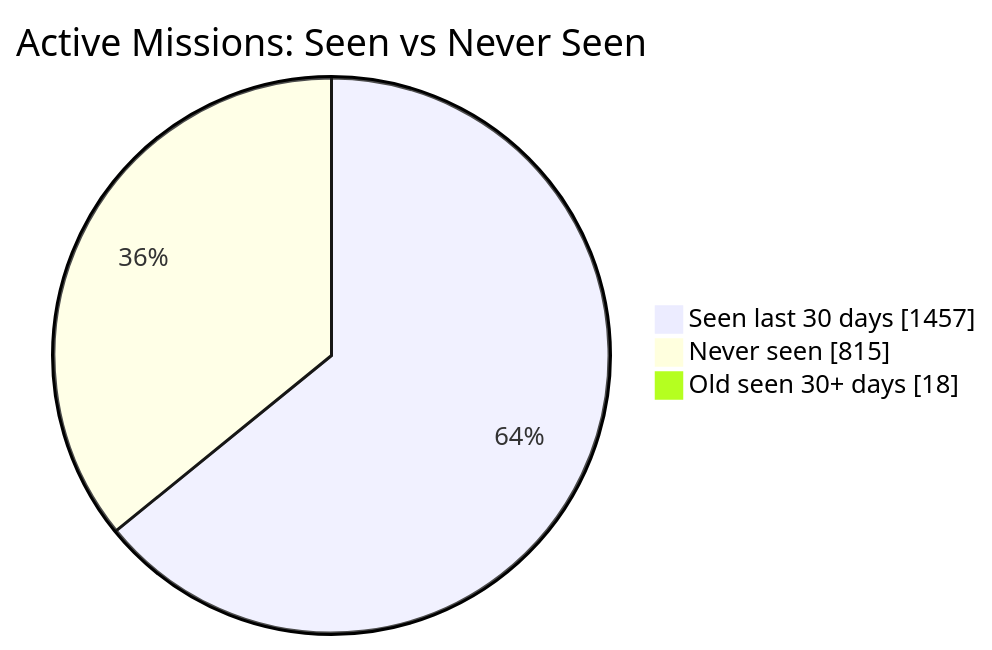
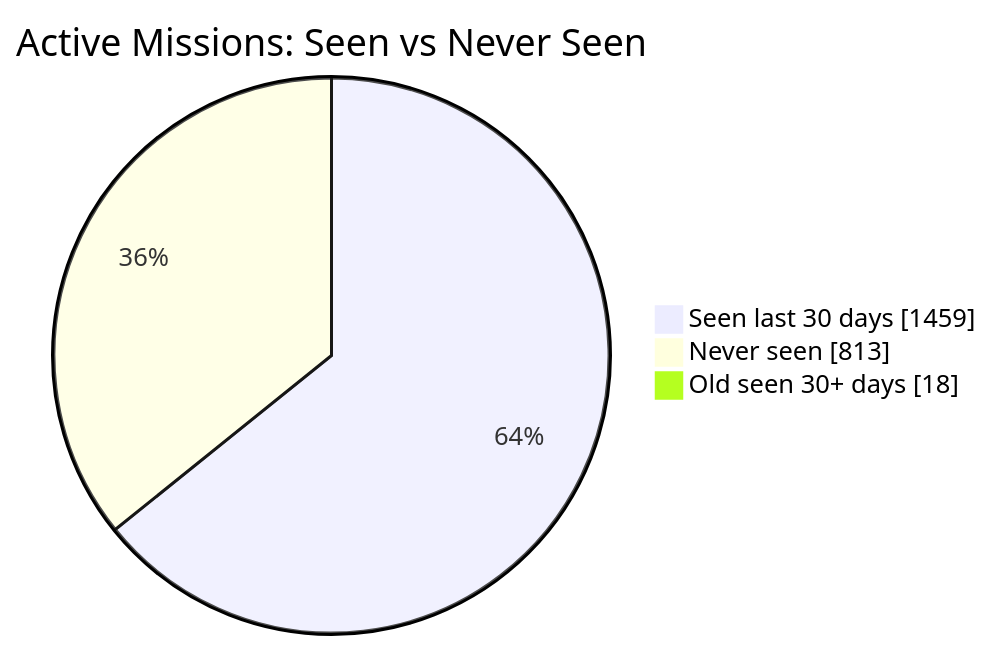
The first of 2 diagrams in README.md (MeldkamerspelGameTeam/active-missions), drawn with Mermaid before and after one commit. The commit also changed other lines of this file and 2 other files, not shown here.

````diff
--- a/README.md
+++ b/README.md
@@ -34,7 +34,7 @@
 ```mermaid
 pie showData
     title Active Missions: Seen vs Never Seen
-    "Seen last 30 days" : 1457
-    "Never seen" : 815
+    "Seen last 30 days" : 1459
+    "Never seen" : 813
     "Old seen 30+ days" : 18
 ```
````
